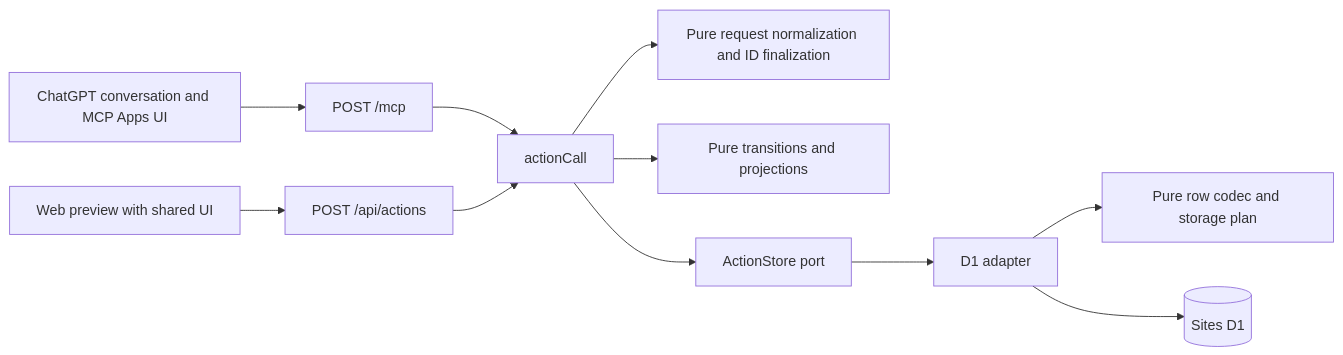
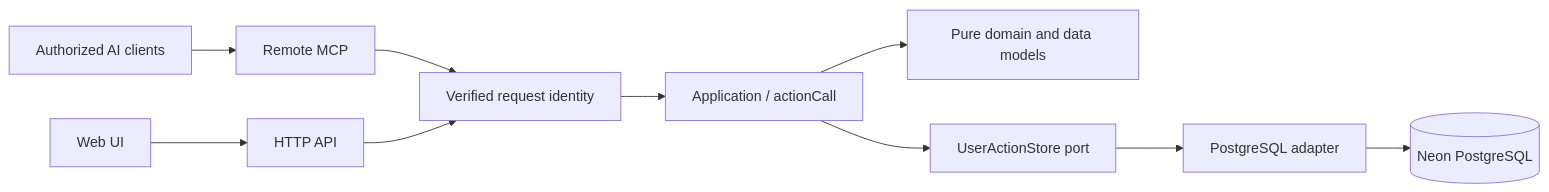
The diagram in ARCHITECTURE.md (takezoh/syntoria-weave), drawn with Mermaid before and after one commit. The commit also changed other lines of this file and 169 other files, not shown here.

First line of the commit message:
feat: run the state store on Node and PostgreSQL

````diff
--- a/ARCHITECTURE.md
+++ b/ARCHITECTURE.md
@@ -19,13 +9,12 @@
 ```mermaid
 flowchart LR
-  Host[ChatGPT conversation and MCP Apps UI] --> MCP[POST /mcp]
-  Web[Web preview with shared UI] --> HTTP[POST /api/actions]
-  MCP --> App[actionCall]
-  HTTP --> App
-  App --> Request[Pure request normalization and ID finalization]
-  App --> Domain[Pure transitions and projections]
-  App --> Port[ActionStore port]
-  Port --> Adapter[D1 adapter]
-  Adapter --> Storage[Pure row codec and storage plan]
-  Adapter --> DB[(Sites D1)]
+  AI[Authorized AI clients] --> MCP[Remote MCP]
+  Web[Web UI] --> HTTP[HTTP API]
+  MCP --> Auth[Verified request identity]
+  HTTP --> Auth
+  Auth --> App[Application / actionCall]
+  App --> Domain[Pure domain and data models]
+  App --> Port[UserActionStore port]
+  Port --> Adapter[PostgreSQL adapter]
+  Adapter --> DB[(Neon PostgreSQL)]
 ```
````
